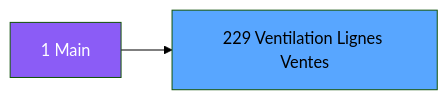
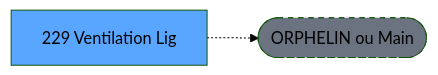
The second of 3 diagrams in .openspec/renders/ADH-IDE-229.md (thonyAGP/lecteur-magic), drawn with Mermaid (forest theme) before and after one commit. The commit also changed other lines of this file and 701 other files, not shown here.

````diff
--- a/.openspec/renders/ADH-IDE-229.md
+++ b/.openspec/renders/ADH-IDE-229.md
@@ -108,8 +119,8 @@
 ```mermaid
 graph LR
-    M[1 Main]
-    T[229 Ventilation Lignes Ventes]
-    M --> T
-    style M fill:#8b5cf6,color:#fff
+    T[229 Ventilation Lig]
+    ORPHAN([ORPHELIN ou Main])
+    T -.-> ORPHAN
     style T fill:#58a6ff,color:#000
+    style ORPHAN fill:#6b7280,stroke-dasharray: 5 5
 ```
````
